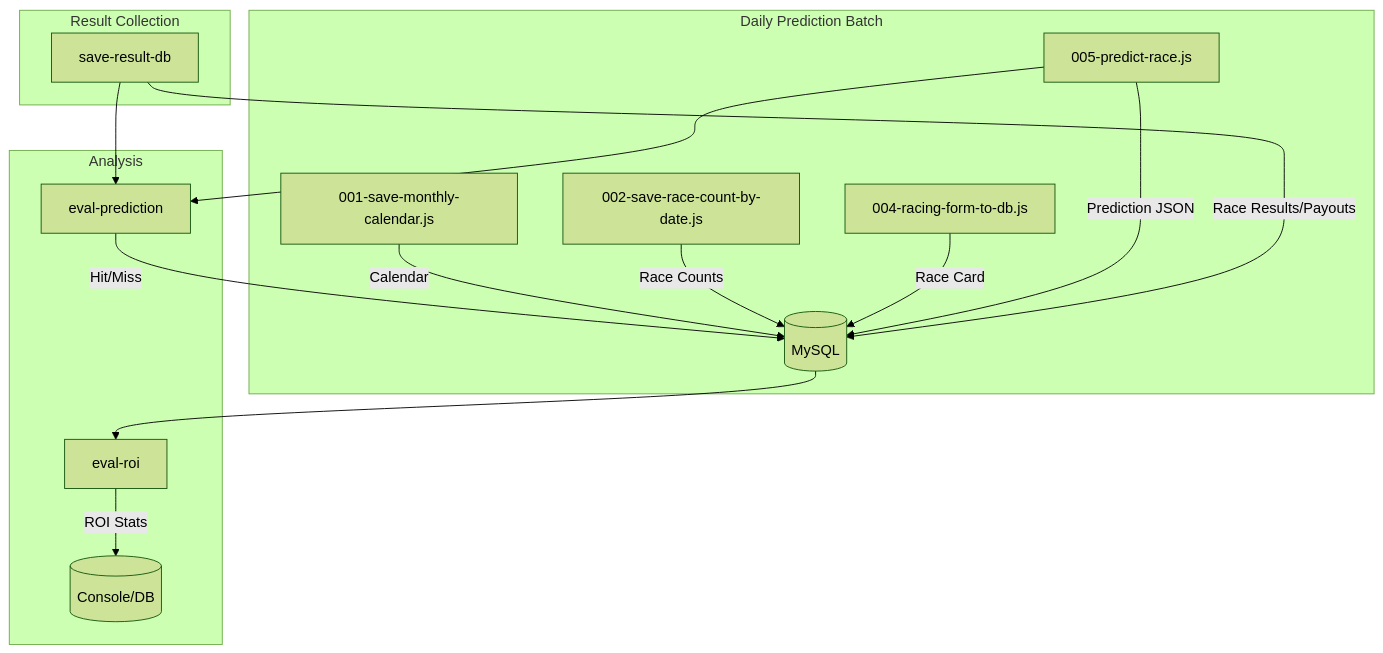
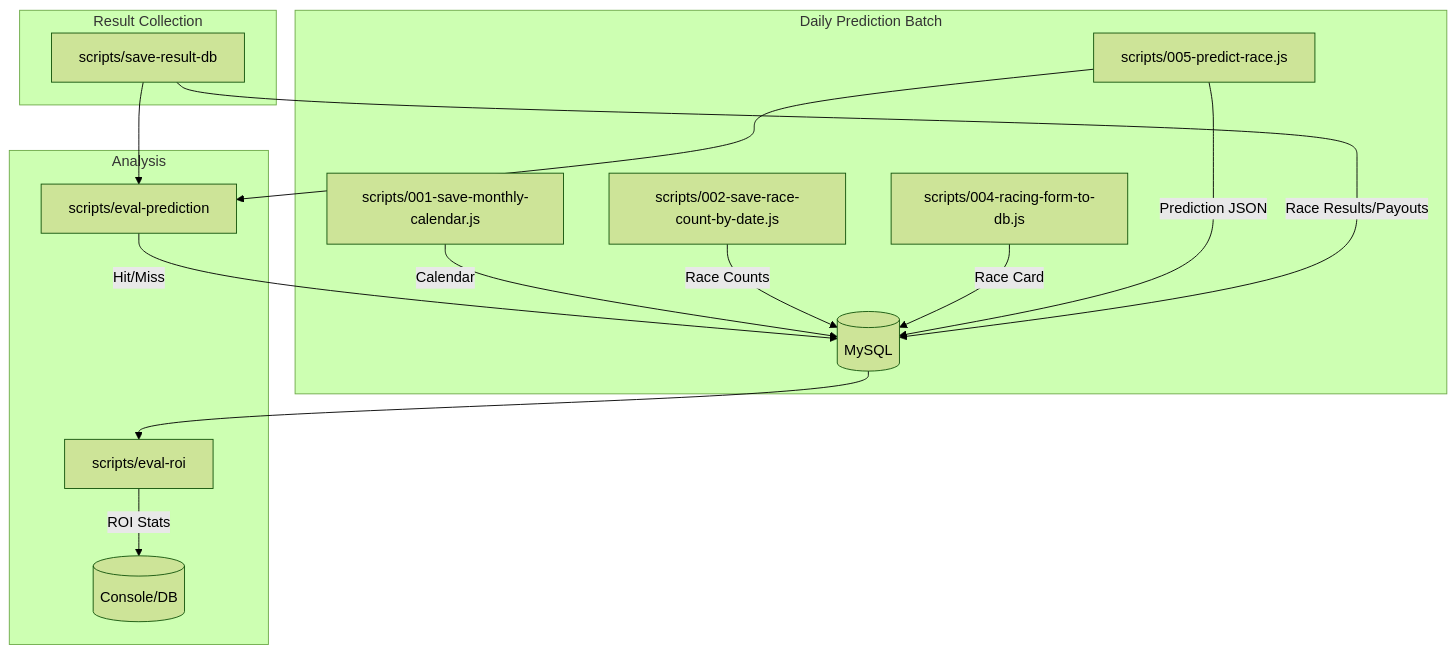
Before and after one commit to IchikabuImpact/localvenue: the diagram in readme.md, drawn with Mermaid (forest theme). The commit also changed other lines of this file and 29 other files, not shown here.

````diff
--- a/readme.md
+++ b/readme.md
@@ -64,23 +79,23 @@
 ```mermaid
 graph TD
     DB[(MySQL)]
     Console[(Console/DB)]
 
     subgraph DailyBatch [Daily Prediction Batch]
-        A[001-save-monthly-calendar.js] -->|Calendar| DB
-        B[002-save-race-count-by-date.js] -->|Race Counts| DB
-        C[004-racing-form-to-db.js] -->|Race Card| DB
-        D[005-predict-race.js] -->|Prediction JSON| DB
+        A[scripts/001-save-monthly-calendar.js] -->|Calendar| DB
+        B[scripts/002-save-race-count-by-date.js] -->|Race Counts| DB
+        C[scripts/004-racing-form-to-db.js] -->|Race Card| DB
+        D[scripts/005-predict-race.js] -->|Prediction JSON| DB
     end
 
     subgraph ResultFlow [Result Collection]
-        E[save-result-db] -->|Race Results/Payouts| DB
+        E[scripts/save-result-db] -->|Race Results/Payouts| DB
     end
 
     subgraph AnalysisFlow [Analysis]
-        D & E --> F[eval-prediction]
+        D & E --> F[scripts/eval-prediction]
         F -->|Hit/Miss| DB
-        DB --> G[eval-roi]
+        DB --> G[scripts/eval-roi]
         G -->|ROI Stats| Console
     end
 ```
````
